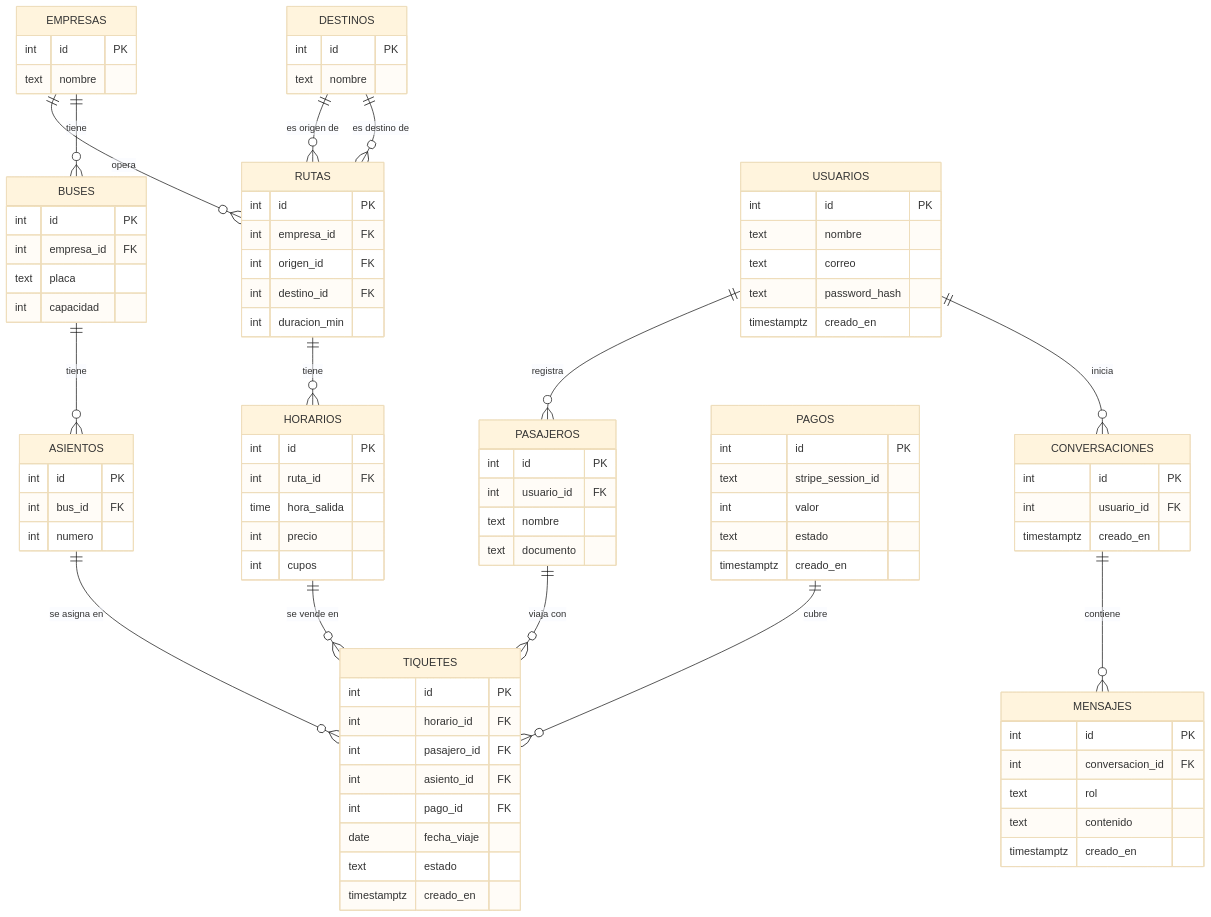
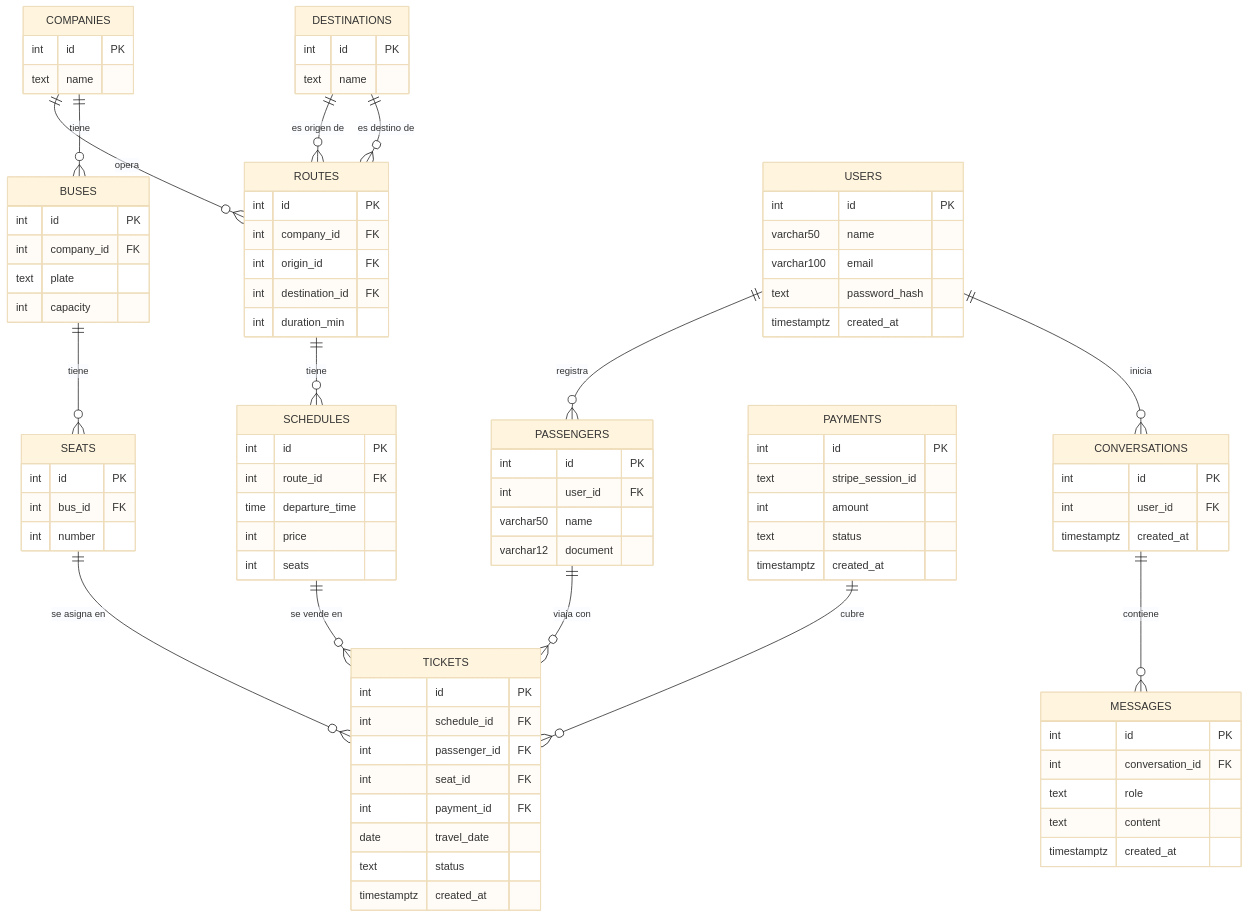
Before and after one commit to terminapp-pasto/terminapp-backend: the second of 4 diagrams in README.md, drawn with Mermaid (base theme). The commit also changed other lines of this file and 3 other files, not shown here.

````diff
--- a/README.md
+++ b/README.md
@@ -96,92 +138,92 @@
 ```mermaid
 erDiagram
-    EMPRESAS ||--o{ RUTAS : "opera"
-    EMPRESAS ||--o{ BUSES : "tiene"
-    DESTINOS ||--o{ RUTAS : "es origen de"
-    DESTINOS ||--o{ RUTAS : "es destino de"
-    RUTAS ||--o{ HORARIOS : "tiene"
-    HORARIOS ||--o{ TIQUETES : "se vende en"
-    BUSES ||--o{ ASIENTOS : "tiene"
-    ASIENTOS ||--o{ TIQUETES : "se asigna en"
-    USUARIOS ||--o{ PASAJEROS : "registra"
-    PASAJEROS ||--o{ TIQUETES : "viaja con"
-    PAGOS ||--o{ TIQUETES : "cubre"
-    USUARIOS ||--o{ CONVERSACIONES : "inicia"
-    CONVERSACIONES ||--o{ MENSAJES : "contiene"
+    COMPANIES ||--o{ ROUTES : "opera"
+    COMPANIES ||--o{ BUSES : "tiene"
+    DESTINATIONS ||--o{ ROUTES : "es origen de"
+    DESTINATIONS ||--o{ ROUTES : "es destino de"
+    ROUTES ||--o{ SCHEDULES : "tiene"
+    SCHEDULES ||--o{ TICKETS : "se vende en"
+    BUSES ||--o{ SEATS : "tiene"
+    SEATS ||--o{ TICKETS : "se asigna en"
+    USERS ||--o{ PASSENGERS : "registra"
+    PASSENGERS ||--o{ TICKETS : "viaja con"
+    PAYMENTS ||--o{ TICKETS : "cubre"
+    USERS ||--o{ CONVERSATIONS : "inicia"
+    CONVERSATIONS ||--o{ MESSAGES : "contiene"
 
-    EMPRESAS {
+    COMPANIES {
         int id PK
-        text nombre
+        text name
     }
-    DESTINOS {
+    DESTINATIONS {
         int id PK
-        text nombre
+        text name
     }
-    RUTAS {
+    ROUTES {
         int id PK
-        int empresa_id FK
-        int origen_id FK
-        int destino_id FK
-        int duracion_min
+        int company_id FK
+        int origin_id FK
+        int destination_id FK
+        int duration_min
     }
-    HORARIOS {
+    SCHEDULES {
         int id PK
-        int ruta_id FK
-        time hora_salida
-        int precio
-        int cupos
+        int route_id FK
+        time departure_time
+        int price
+        int seats
     }
-    TIQUETES {
+    TICKETS {
         int id PK
-        int horario_id FK
-        int pasajero_id FK
-        int asiento_id FK
-        int pago_id FK
-        date fecha_viaje
-        text estado
-        timestamptz creado_en
+        int schedule_id FK
+        int passenger_id FK
+        int seat_id FK
+        int payment_id FK
+        date travel_date
+        text status
+        timestamptz created_at
     }
-    USUARIOS {
+    USERS {
         int id PK
-        text nombre
-        text correo
+        varchar50 name
+        varchar100 email
         text password_hash
-        timestamptz creado_en
+        timestamptz created_at
     }
-    PASAJEROS {
+    PASSENGERS {
         int id PK
-        int usuario_id FK
-        text nombre
-        text documento
+        int user_id FK
+        varchar50 name
+        varchar12 document
     }
     BUSES {
         int id PK
-        int empresa_id FK
-        text placa
-        int capacidad
+        int company_id FK
+        text plate
+        int capacity
     }
-    ASIENTOS {
+    SEATS {
         int id PK
         int bus_id FK
-        int numero
+        int number
     }
-    PAGOS {
+    PAYMENTS {
         int id PK
         text stripe_session_id
-        int valor
-        text estado
-        timestamptz creado_en
+        int amount
+        text status
+        timestamptz created_at
     }
-    CONVERSACIONES {
+    CONVERSATIONS {
         int id PK
-        int usuario_id FK
-        timestamptz creado_en
+        int user_id FK
+        timestamptz created_at
     }
-    MENSAJES {
+    MESSAGES {
         int id PK
-        int conversacion_id FK
-        text rol
-        text contenido
-        timestamptz creado_en
+        int conversation_id FK
+        text role
+        text content
+        timestamptz created_at
     }
 ```
````
